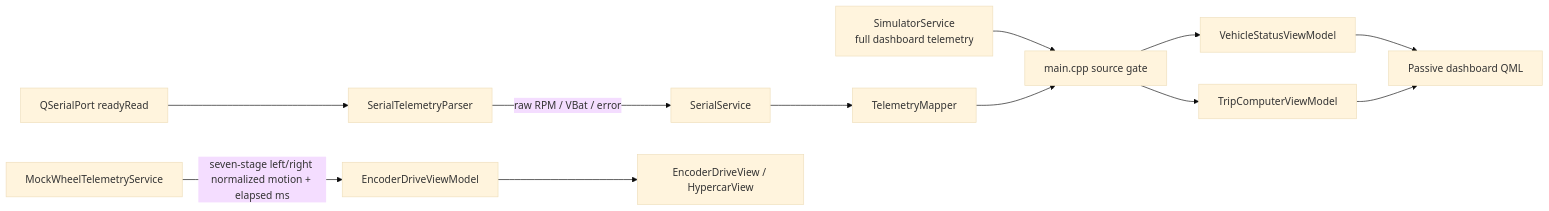
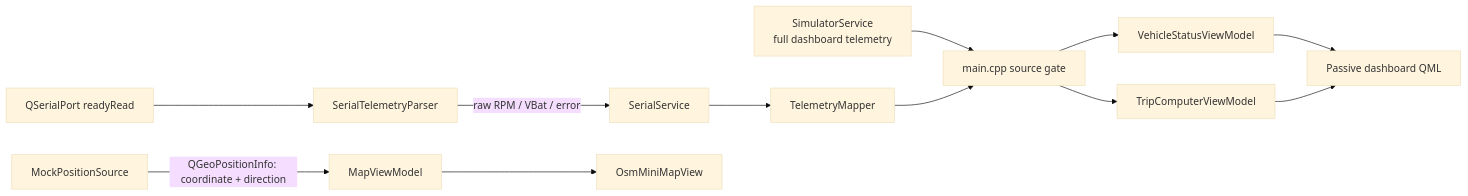
Before and after one commit to BUITANHUNG0411/CyberDash-STM32: the diagram in docs/architecture.md, drawn with Mermaid (base theme). The commit also changed other lines of this file and 40 other files, not shown here.

Commit message:
feat: add OSM follow mini map

````diff
--- a/docs/architecture.md
+++ b/docs/architecture.md
@@ -29,14 +29,14 @@
 ```mermaid
 flowchart LR
     Simulator[SimulatorService<br/>full dashboard telemetry] --> Main[main.cpp source gate]
     Port[QSerialPort readyRead] --> Parser[SerialTelemetryParser]
     Parser -->|raw RPM / VBat / error| Serial[SerialService]
     Serial --> Mapper[TelemetryMapper]
     Mapper --> Main
     Main --> Status[VehicleStatusViewModel]
     Main --> Trip[TripComputerViewModel]
-    MockWheel[MockWheelTelemetryService] -->|seven-stage left/right normalized motion + elapsed ms| Drive[EncoderDriveViewModel]
+    Position[MockPositionSource] -->|QGeoPositionInfo: coordinate + direction| Map[MapViewModel]
     Status --> DashboardQML[Passive dashboard QML]
     Trip --> DashboardQML
-    Drive --> EncoderQML[EncoderDriveView / HypercarView]
+    Map --> MapQML[OsmMiniMapView]
 ```
````
